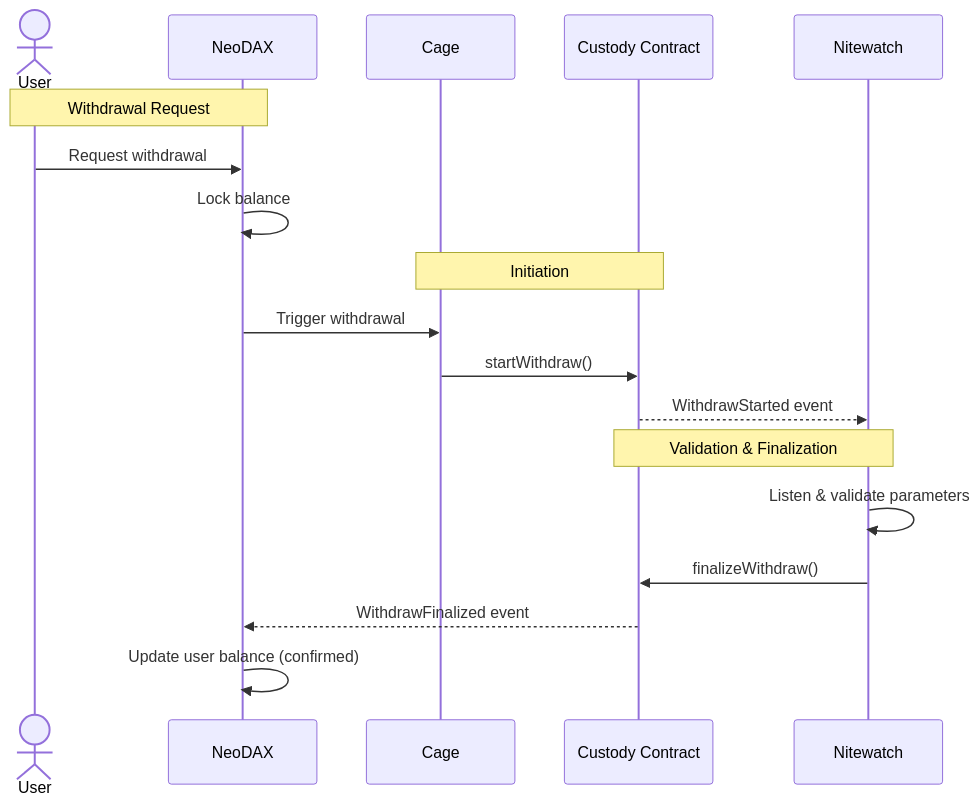
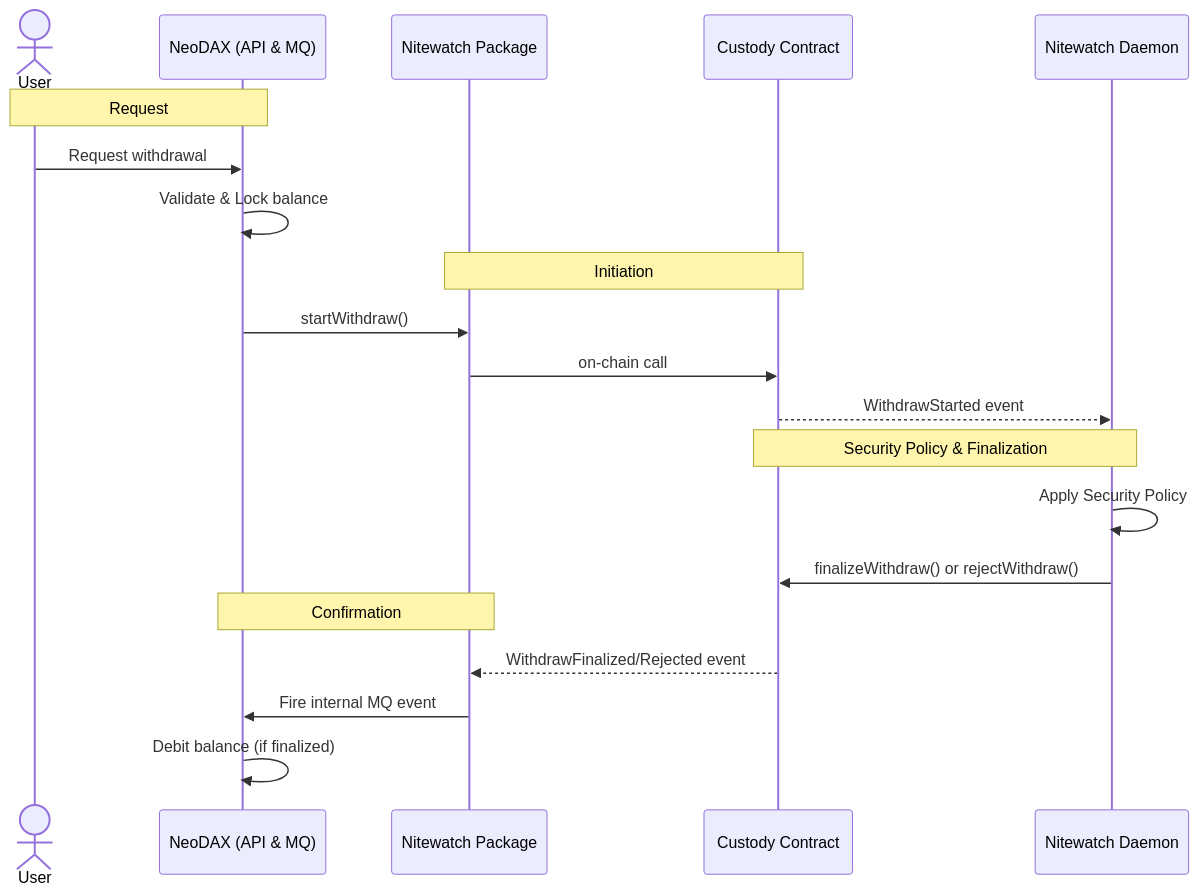
Before and after one commit to layer-3/nitewatch: the diagram in README.md, drawn with Mermaid. The commit also changed other lines of this file and 13 other files, not shown here.

````diff
--- a/README.md
+++ b/README.md
@@ -36,23 +38,26 @@
 ```mermaid
 sequenceDiagram
     actor User
-    participant NeoDAX
-    participant Cage
+    participant NeoDAX as NeoDAX (API & MQ)
+    participant NWPkg as Nitewatch Package
     participant Contract as Custody Contract
-    participant Nitewatch
+    participant NWDaemon as Nitewatch Daemon
 
-    Note over User, NeoDAX: Withdrawal Request
+    Note over User, NeoDAX: Request
     User->>NeoDAX: Request withdrawal
-    NeoDAX->>NeoDAX: Lock balance
+    NeoDAX->>NeoDAX: Validate & Lock balance
     
-    Note over Cage, Contract: Initiation
-    NeoDAX->>Cage: Trigger withdrawal
-    Cage->>Contract: startWithdraw()
-    Contract-->>Nitewatch: WithdrawStarted event
+    Note over NWPkg, Contract: Initiation
+    NeoDAX->>NWPkg: startWithdraw()
+    NWPkg->>Contract: on-chain call
+    Contract-->>NWDaemon: WithdrawStarted event
 
-    Note over Nitewatch, Contract: Validation & Finalization
-    Nitewatch->>Nitewatch: Listen & validate parameters
-    Nitewatch->>Contract: finalizeWithdraw()
-    Contract-->>NeoDAX: WithdrawFinalized event
-    NeoDAX->>NeoDAX: Update user balance (confirmed)
+    Note over NWDaemon, Contract: Security Policy & Finalization
+    NWDaemon->>NWDaemon: Apply Security Policy
+    NWDaemon->>Contract: finalizeWithdraw() or rejectWithdraw()
+    
+    Note over NWPkg, NeoDAX: Confirmation
+    Contract-->>NWPkg: WithdrawFinalized/Rejected event
+    NWPkg->>NeoDAX: Fire internal MQ event
+    NeoDAX->>NeoDAX: Debit balance (if finalized)
 ```
````
